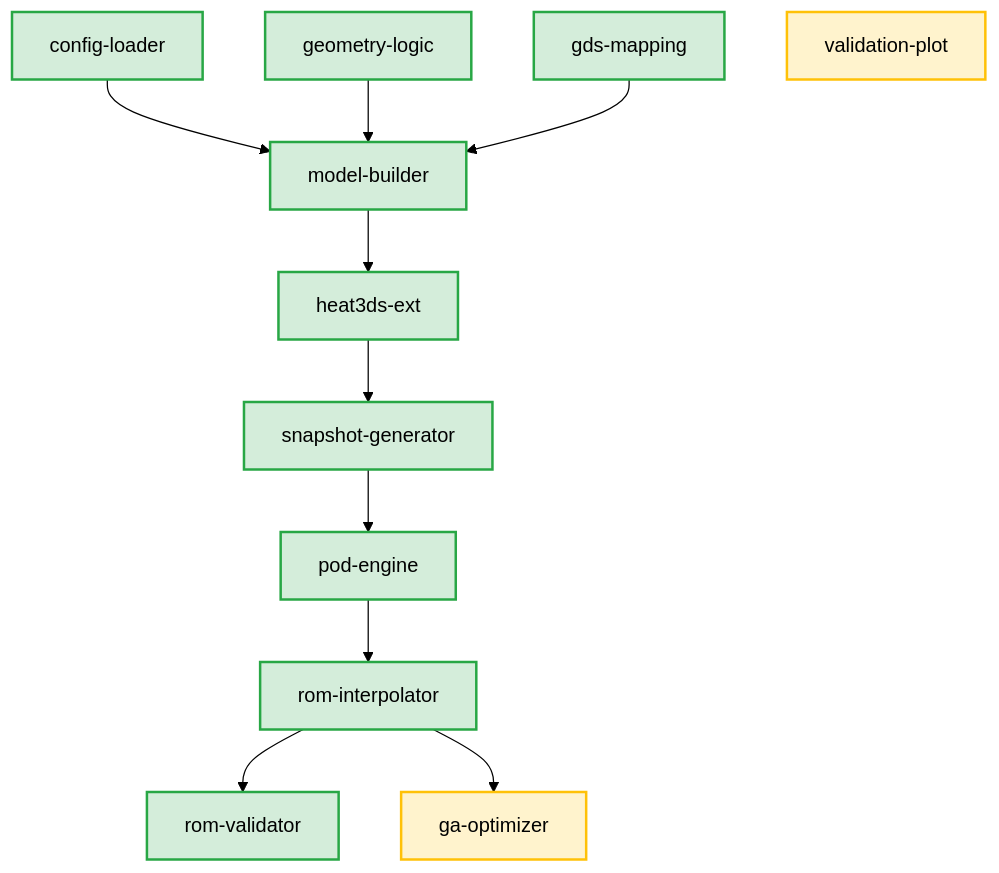
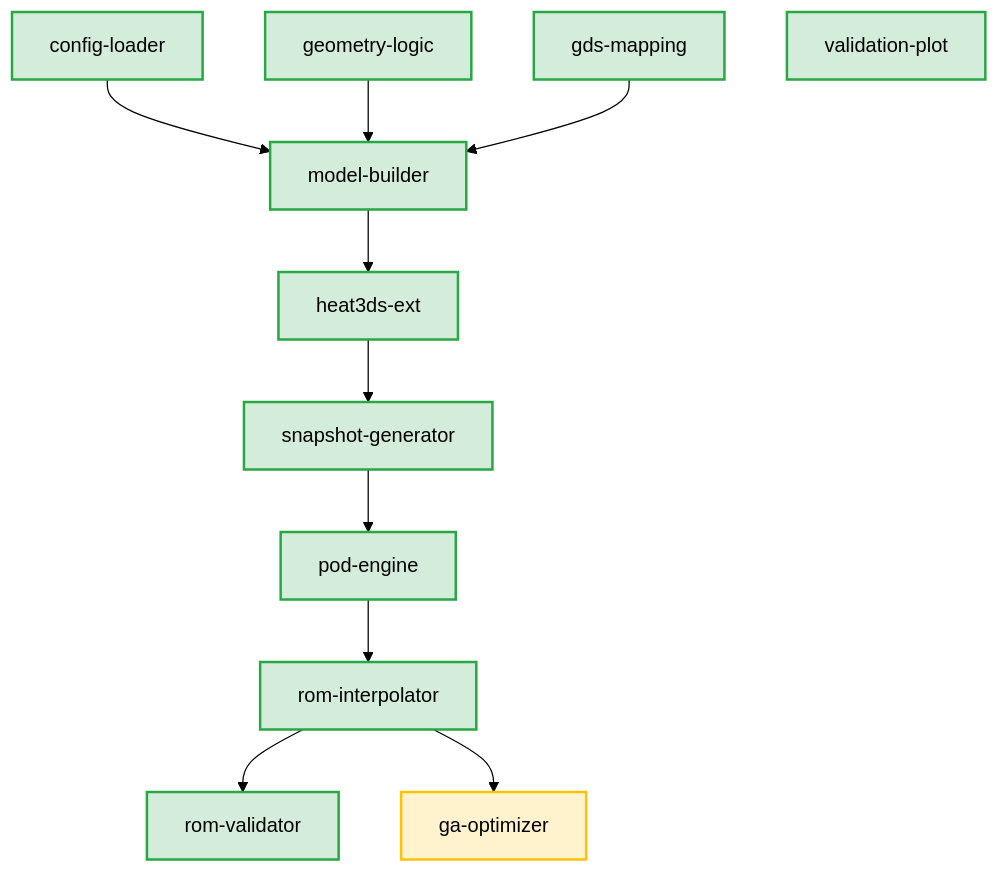
The diagram in system_spec_status.md (Daioku799/somad_dev3), drawn with Mermaid (forest theme) before and after one commit. The commit also changed other lines of this file, not shown here.

Commit message:
docs(validation-plot): update status to completed in dashboard

````diff
--- a/system_spec_status.md
+++ b/system_spec_status.md
@@ -5,16 +5,16 @@
 ```mermaid
 graph TD
     classDef finished fill:#d4edda,stroke:#28a745,stroke-width:2px;
     classDef progress fill:#fff3cd,stroke:#ffc107,stroke-width:2px;
 
     Config[config-loader]:::finished --> Model[model-builder]:::finished
     Geom[geometry-logic]:::finished --> Model
     GDS[gds-mapping]:::finished --> Model
     Model --> FVM[heat3ds-ext]:::finished
     FVM --> Snap[snapshot-generator]:::finished
     Snap --> POD[pod-engine]:::finished
     POD --> ROM[rom-interpolator]:::finished
     ROM --> Val[rom-validator]:::finished
     ROM --> GA[ga-optimizer]:::progress
-    ValPlot[validation-plot]:::progress
+    ValPlot[validation-plot]:::finished
 ```
````
